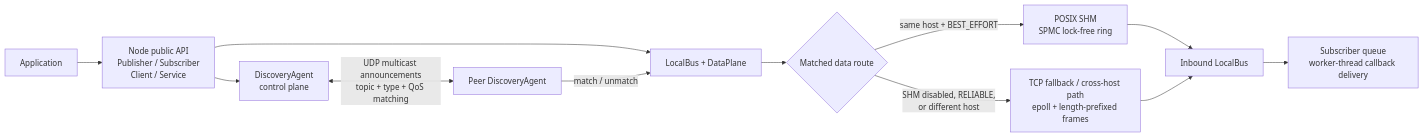
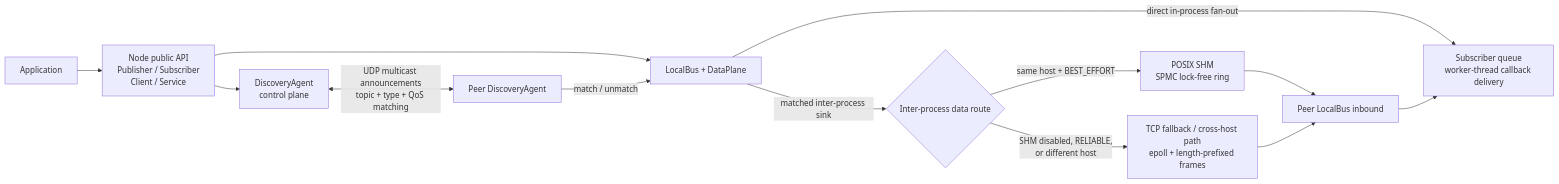
Before and after one commit to Ackey-2/mini_middleware: the diagram in README.md, drawn with Mermaid. The commit also changed other lines of this file, not shown here.

Commit message:
docs(phase8): clarify readme architecture and verification

````diff
--- a/README.md
+++ b/README.md
@@ -7,14 +7,15 @@
 ```mermaid
 flowchart LR
     APP["Application"] --> API["Node public API<br/>Publisher / Subscriber<br/>Client / Service"]
     API --> BUS["LocalBus + DataPlane"]
     API --> DISC["DiscoveryAgent<br/>control plane"]
     DISC <-->|"UDP multicast announcements<br/>topic + type + QoS matching"| PEER["Peer DiscoveryAgent"]
     PEER -->|"match / unmatch"| BUS
-    BUS --> ROUTE{"Matched data route"}
+    BUS -->|"direct in-process fan-out"| DELIVERY
+    BUS -->|"matched inter-process sink"| ROUTE{"Inter-process data route"}
     ROUTE -->|"same host + BEST_EFFORT"| SHM["POSIX SHM<br/>SPMC lock-free ring"]
     ROUTE -->|"SHM disabled, RELIABLE,<br/>or different host"| TCP["TCP fallback / cross-host path<br/>epoll + length-prefixed frames"]
-    SHM --> INBOUND["Inbound LocalBus"]
+    SHM --> INBOUND["Peer LocalBus inbound"]
     TCP --> INBOUND
     INBOUND --> DELIVERY["Subscriber queue<br/>worker-thread callback delivery"]
 ```
````
